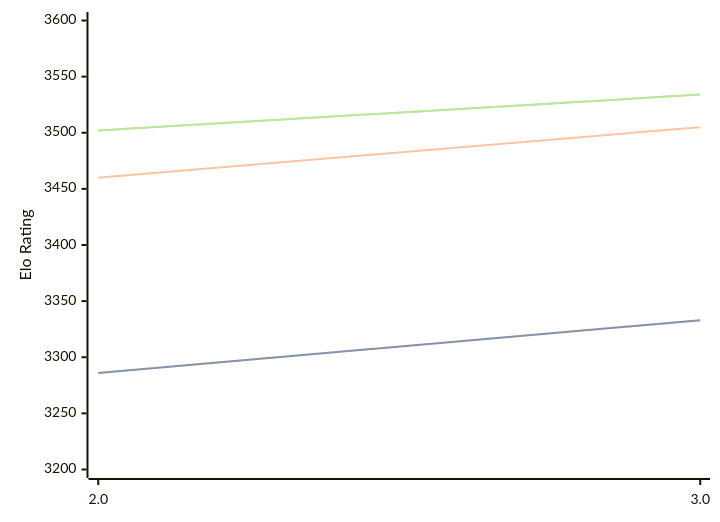
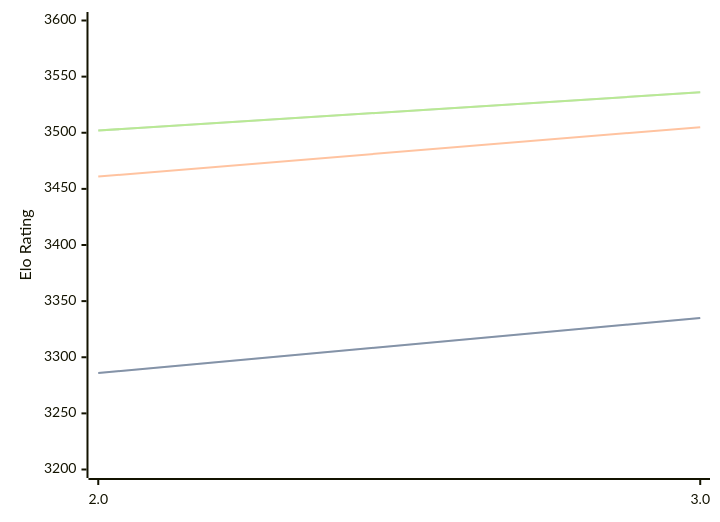
One commit to computer-chess-index/cci changed the diagram in engines/Quanticade.md. Above: the diagram before and after it, drawn with Mermaid. The commit also changed other lines of this file, not shown here.

Commit message:
Update CCI Ratings (ELO VLTC) - 2026-07-30

````diff
--- a/engines/Quanticade.md
+++ b/engines/Quanticade.md
@@ -41,11 +41,11 @@
 ```mermaid
 %%{init: {"theme":"base","themeVariables":{"seriesColors:['#a3a3a3','#222221','#faa371']}}}%%
 xychart-beta
   x-axis ["2.0", "3.0"]
   y-axis "Elo Rating" 3200 --> 3600
-  line "STC (8.0+0.08s)" [3286, 3333]
-  line "STC (8.0+0.08s)" [3286, 3333]
-  line "LTC (60.0+0.60s)" [3460, 3505]
-  line "VLTC (2m24s+1.12s)" [3502, 3534]
-  line "VLTC (2m24s+1.12s)" [3502, 3534]
+  line "STC (8.0+0.08s)" [3286, 3335]
+  line "STC (8.0+0.08s)" [3286, 3335]
+  line "LTC (60.0+0.60s)" [3461, 3505]
+  line "VLTC (2m24s+1.12s)" [3502, 3536]
+  line "VLTC (2m24s+1.12s)" [3502, 3536]
 ```
````
